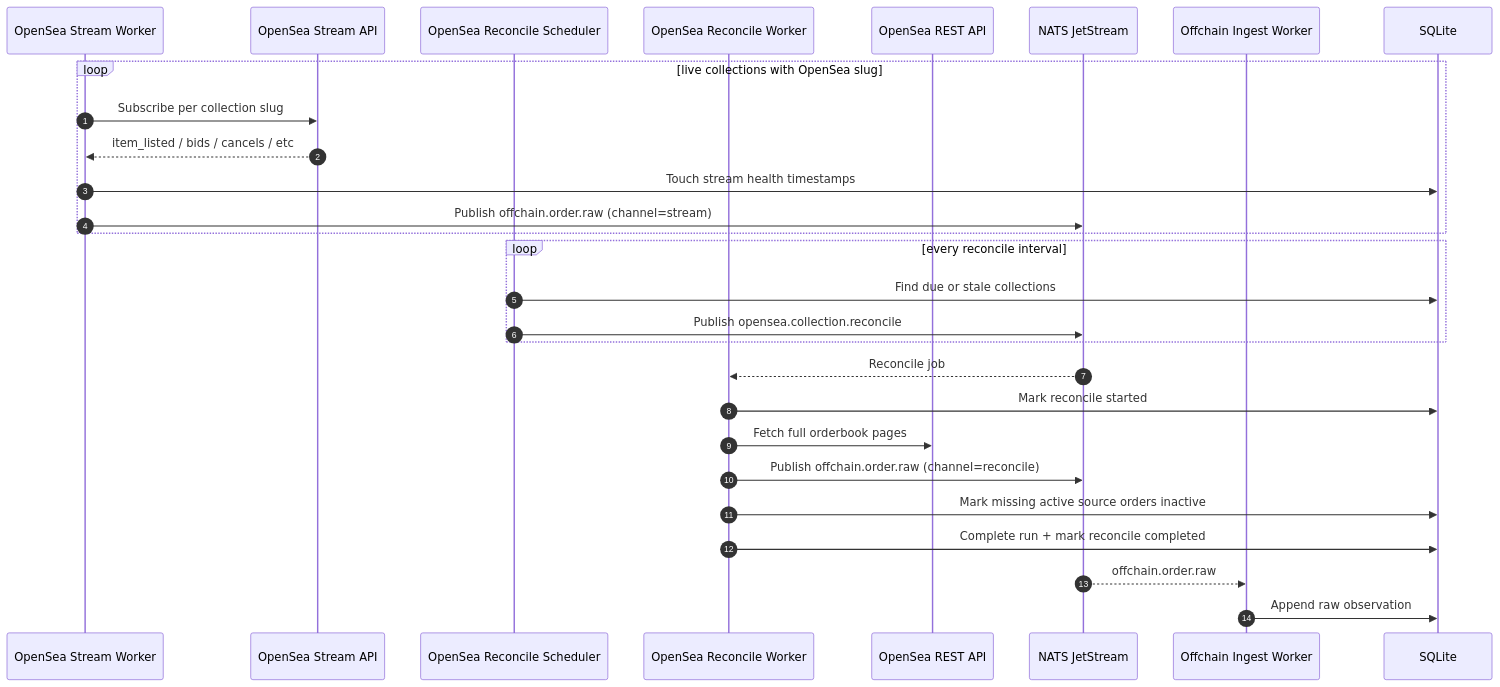
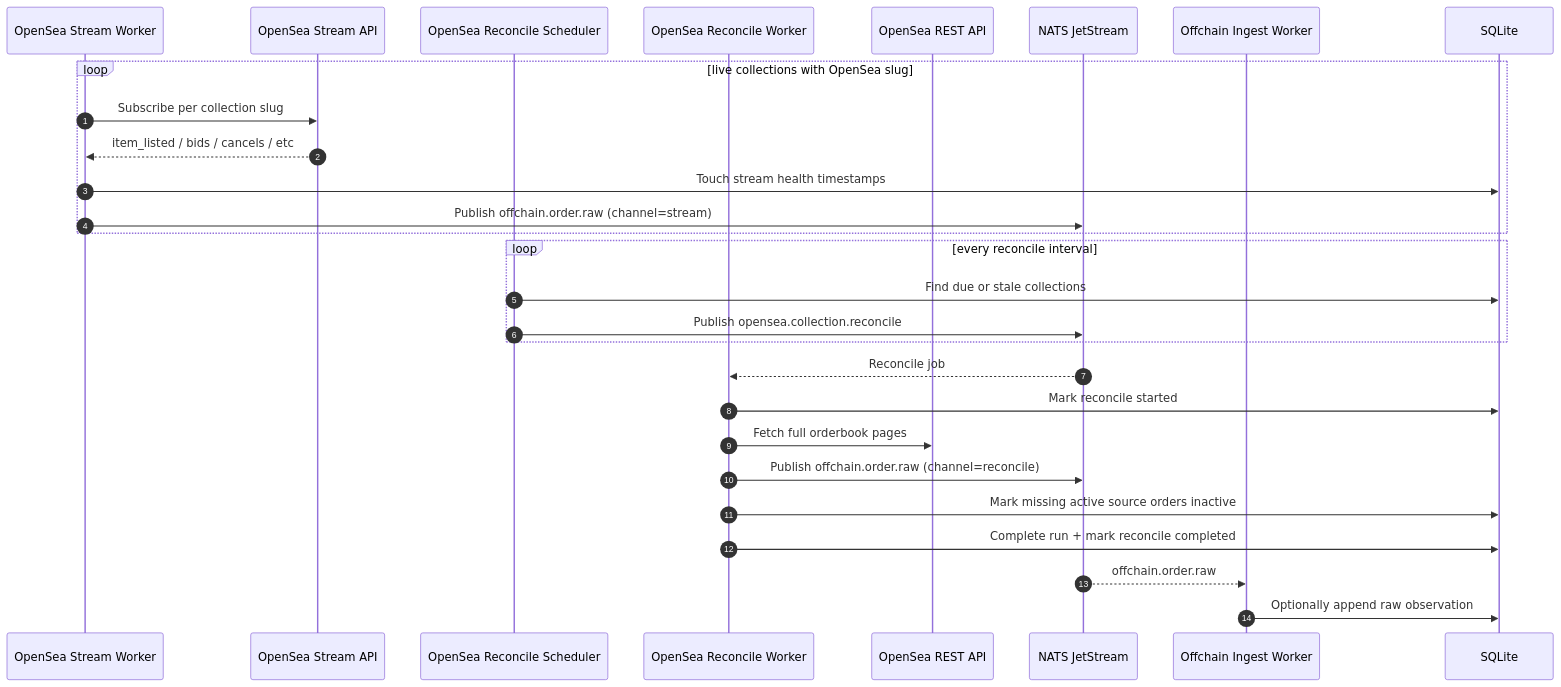
Before and after one commit to d347h-eth/artgod: the fourth of 4 diagrams in docs/indexer/13-sequence-diagrams.md, drawn with Mermaid. The commit also changed other lines of this file and 9 other files, not shown here.

````diff
--- a/docs/indexer/13-sequence-diagrams.md
+++ b/docs/indexer/13-sequence-diagrams.md
@@ -108,34 +108,34 @@
 ```mermaid
 sequenceDiagram
     autonumber
     participant Stream as OpenSea Stream Worker
     participant OSStream as OpenSea Stream API
     participant ReconcileSched as OpenSea Reconcile Scheduler
     participant Reconcile as OpenSea Reconcile Worker
     participant OSAPI as OpenSea REST API
     participant NATS as NATS JetStream
     participant Offchain as Offchain Ingest Worker
     participant DB as SQLite
 
     loop live collections with OpenSea slug
         Stream->>OSStream: Subscribe per collection slug
         OSStream-->>Stream: item_listed / bids / cancels / etc
         Stream->>DB: Touch stream health timestamps
         Stream->>NATS: Publish offchain.order.raw (channel=stream)
     end
 
     loop every reconcile interval
         ReconcileSched->>DB: Find due or stale collections
         ReconcileSched->>NATS: Publish opensea.collection.reconcile
     end
 
     NATS-->>Reconcile: Reconcile job
     Reconcile->>DB: Mark reconcile started
     Reconcile->>OSAPI: Fetch full orderbook pages
     Reconcile->>NATS: Publish offchain.order.raw (channel=reconcile)
     Reconcile->>DB: Mark missing active source orders inactive
     Reconcile->>DB: Complete run + mark reconcile completed
 
     NATS-->>Offchain: offchain.order.raw
-    Offchain->>DB: Append raw observation
+    Offchain->>DB: Optionally append raw observation
 ```
````
